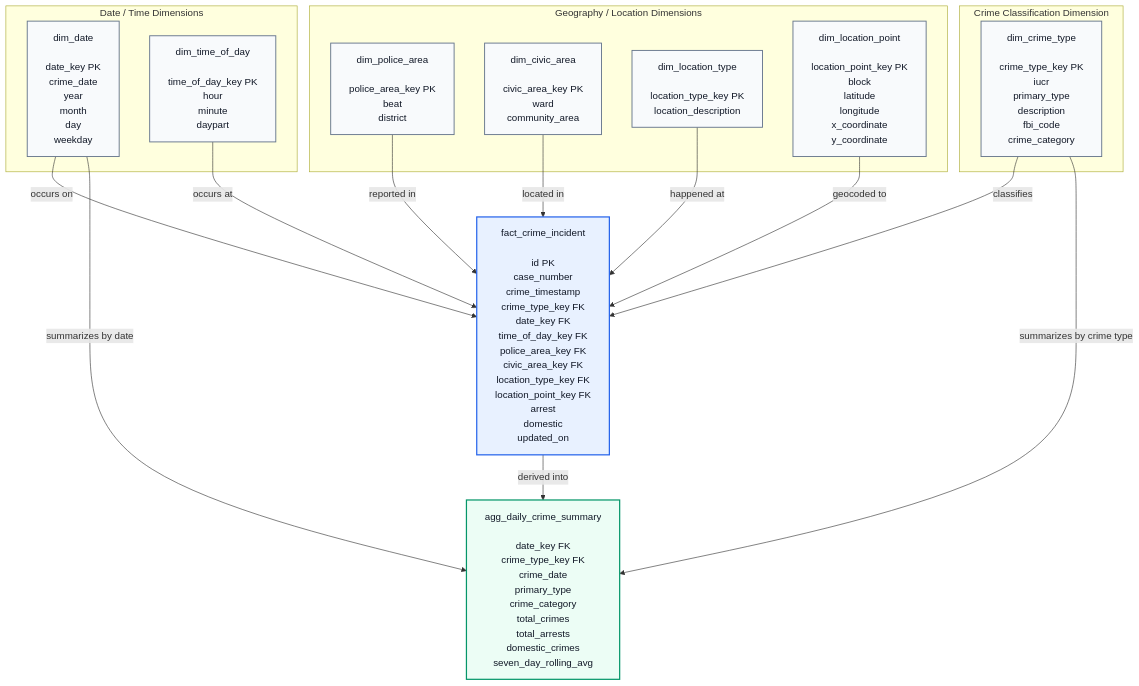
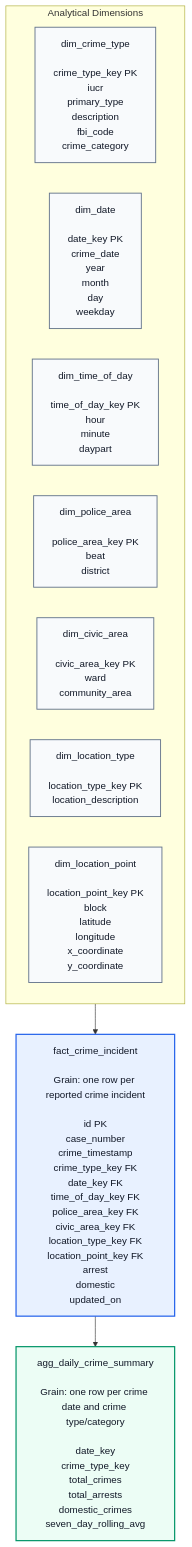
The diagram in README.md (mlikhitha33-ship-it/chicago-crimes-data-pipeline), drawn with Mermaid before and after one commit. The commit also changed other lines of this file, not shown here.

Commit message:
Refine crime data model descriptions and relationships
Revised descriptions for the crime data model and updated relationships in the diagram.

````diff
--- a/README.md
+++ b/README.md
@@ -184,64 +184,37 @@
 ```mermaid
 flowchart TB
 
-    %% =========================
-    %% Date / Time Dimensions
-    %% =========================
-    subgraph date_time["Date / Time Dimensions"]
+    subgraph dims["Analytical Dimensions"]
+        direction LR
+
+        dim_crime_type["dim_crime_type<br/><br/>crime_type_key PK<br/>iucr<br/>primary_type<br/>description<br/>fbi_code<br/>crime_category"]
+
         dim_date["dim_date<br/><br/>date_key PK<br/>crime_date<br/>year<br/>month<br/>day<br/>weekday"]
+
         dim_time_of_day["dim_time_of_day<br/><br/>time_of_day_key PK<br/>hour<br/>minute<br/>daypart"]
-    end
 
-    %% =========================
-    %% Crime Dimension
-    %% =========================
-    subgraph crime_dims["Crime Classification Dimension"]
-        dim_crime_type["dim_crime_type<br/><br/>crime_type_key PK<br/>iucr<br/>primary_type<br/>description<br/>fbi_code<br/>crime_category"]
-    end
-
-    %% =========================
-    %% Geography / Location Dimensions
-    %% =========================
-    subgraph geo_dims["Geography / Location Dimensions"]
         dim_police_area["dim_police_area<br/><br/>police_area_key PK<br/>beat<br/>district"]
 
         dim_civic_area["dim_civic_area<br/><br/>civic_area_key PK<br/>ward<br/>community_area"]
 
         dim_location_type["dim_location_type<br/><br/>location_type_key PK<br/>location_description"]
 
         dim_location_point["dim_location_point<br/><br/>location_point_key PK<br/>block<br/>latitude<br/>longitude<br/>x_coordinate<br/>y_coordinate"]
     end
 
-    %% =========================
-    %% Core Fact
-    %% =========================
-    fact_crime_incident["fact_crime_incident<br/><br/>id PK<br/>case_number<br/>crime_timestamp<br/>crime_type_key FK<br/>date_key FK<br/>time_of_day_key FK<br/>police_area_key FK<br/>civic_area_key FK<br/>location_type_key FK<br/>location_point_key FK<br/>arrest<br/>domestic<br/>updated_on"]
+    fact_crime_incident["fact_crime_incident<br/><br/>Grain: one row per reported crime incident<br/><br/>id PK<br/>case_number<br/>crime_timestamp<br/>crime_type_key FK<br/>date_key FK<br/>time_of_day_key FK<br/>police_area_key FK<br/>civic_area_key FK<br/>location_type_key FK<br/>location_point_key FK<br/>arrest<br/>domestic<br/>updated_on"]
 
-    %% =========================
-    %% Reporting Aggregate
-    %% =========================
-    agg_daily_crime_summary["agg_daily_crime_summary<br/><br/>date_key FK<br/>crime_type_key FK<br/>crime_date<br/>primary_type<br/>crime_category<br/>total_crimes<br/>total_arrests<br/>domestic_crimes<br/>seven_day_rolling_avg"]
+    agg_daily_crime_summary["agg_daily_crime_summary<br/><br/>Grain: one row per crime date and crime type/category<br/><br/>date_key<br/>crime_type_key<br/>total_crimes<br/>total_arrests<br/>domestic_crimes<br/>seven_day_rolling_avg"]
 
-    %% Relationships
-    dim_date -->|occurs on| fact_crime_incident
-    dim_time_of_day -->|occurs at| fact_crime_incident
-    dim_crime_type -->|classifies| fact_crime_incident
-    dim_police_area -->|reported in| fact_crime_incident
-    dim_civic_area -->|located in| fact_crime_incident
-    dim_location_type -->|happened at| fact_crime_incident
-    dim_location_point -->|geocoded to| fact_crime_incident
+    dims --> fact_crime_incident
+    fact_crime_incident --> agg_daily_crime_summary
 
-    fact_crime_incident -->|derived into| agg_daily_crime_summary
-    dim_date -->|summarizes by date| agg_daily_crime_summary
-    dim_crime_type -->|summarizes by crime type| agg_daily_crime_summary
-
-    %% Styling
     classDef fact fill:#e8f1ff,stroke:#2563eb,stroke-width:2px,color:#111827;
     classDef dimension fill:#f8fafc,stroke:#64748b,stroke-width:1.5px,color:#111827;
     classDef aggregate fill:#ecfdf5,stroke:#059669,stroke-width:2px,color:#111827;
     classDef group fill:#ffffff,stroke:#d1d5db,stroke-width:1px,color:#111827;
 
     class fact_crime_incident fact;
-    class dim_date,dim_time_of_day,dim_crime_type,dim_police_area,dim_civic_area,dim_location_type,dim_location_point dimension;
+    class dim_crime_type,dim_date,dim_time_of_day,dim_police_area,dim_civic_area,dim_location_type,dim_location_point dimension;
     class agg_daily_crime_summary aggregate;
 ```
````
